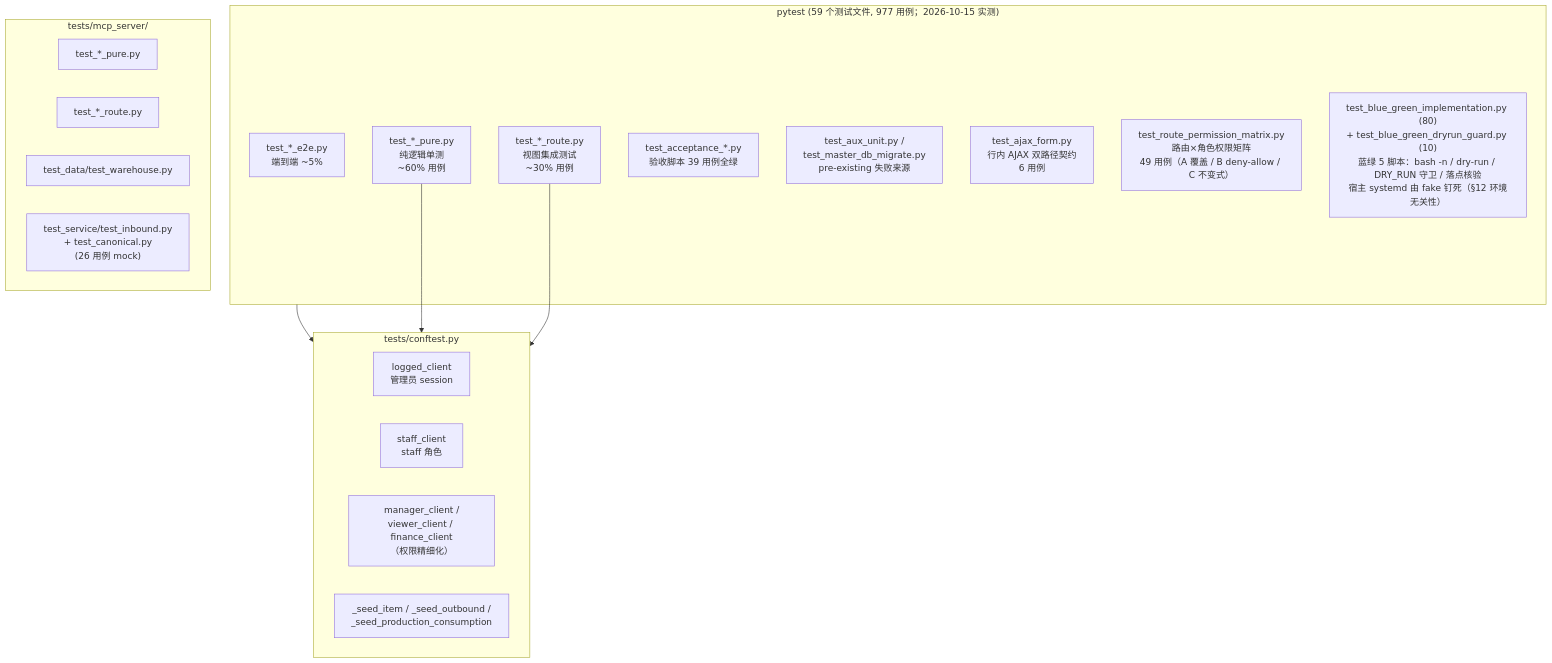
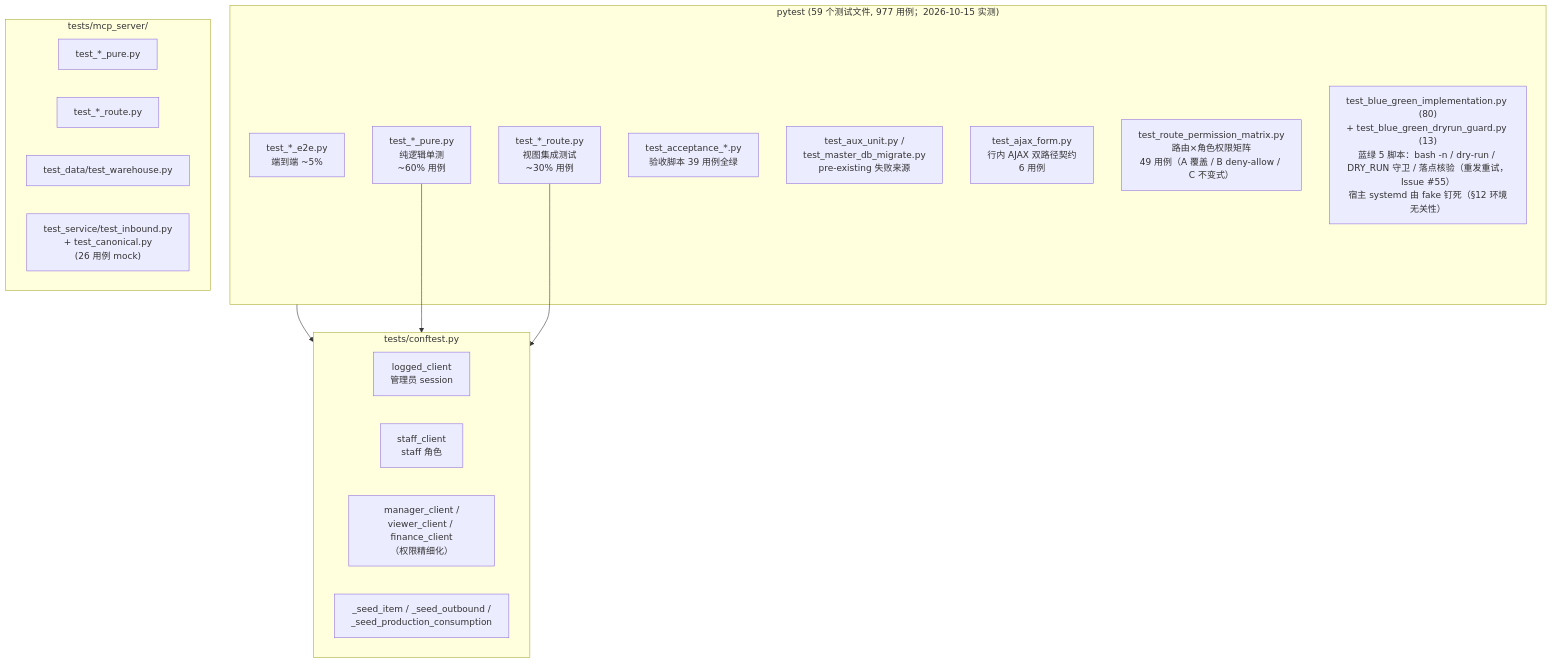
Diagram 17 of 17 in docs/ARCHITECTURE.md (ericmr1981/DailyCheck), drawn with Mermaid before and after one commit. The commit also changed other lines of this file and 3 other files, not shown here.

````diff
--- a/docs/ARCHITECTURE.md
+++ b/docs/ARCHITECTURE.md
@@ -1032,31 +1032,31 @@
 ```mermaid
 flowchart TB
     subgraph Pytest["pytest (59 个测试文件, 977 用例；2026-10-15 实测)"]
         Pure["test_*_pure.py<br/>纯逻辑单测<br/>~60% 用例"]
         Route["test_*_route.py<br/>视图集成测试<br/>~30% 用例"]
         E2E["test_*_e2e.py<br/>端到端 ~5%"]
         Acceptance["test_acceptance_*.py<br/>验收脚本 39 用例全绿"]
         Aux["test_aux_unit.py /<br/>test_master_db_migrate.py<br/>pre-existing 失败来源"]
         Ajax["test_ajax_form.py<br/>行内 AJAX 双路径契约<br/>6 用例"]
         Perm["test_route_permission_matrix.py<br/>路由×角色权限矩阵<br/>49 用例（A 覆盖 / B deny-allow / C 不变式）"]
-        BlueGreen["test_blue_green_implementation.py (80)<br/>+ test_blue_green_dryrun_guard.py (10)<br/>蓝绿 5 脚本：bash -n / dry-run / DRY_RUN 守卫 / 落点核验<br/>宿主 systemd 由 fake 钉死（§12 环境无关性）"]
+        BlueGreen["test_blue_green_implementation.py (80)<br/>+ test_blue_green_dryrun_guard.py (13)<br/>蓝绿 5 脚本：bash -n / dry-run / DRY_RUN 守卫 / 落点核验（重发重试，Issue #55）<br/>宿主 systemd 由 fake 钉死（§12 环境无关性）"]
     end
 
     subgraph Conftest["tests/conftest.py"]
         LoggedClient["logged_client<br/>管理员 session"]
         StaffClient["staff_client<br/>staff 角色"]
         RoleClients["manager_client /<br/>viewer_client / finance_client<br/>（权限精细化）"]
         SeedHelpers["_seed_item / _seed_outbound /<br/>_seed_production_consumption"]
     end
 
     subgraph MCPTest["tests/mcp_server/"]
         MCPPure["test_*_pure.py"]
         MCPRoute["test_*_route.py"]
         MCPData["test_data/test_warehouse.py"]
         MCPService["test_service/test_inbound.py<br/>+ test_canonical.py<br/>(26 用例 mock)"]
     end
 
     Pytest --> Conftest
     Pure --> Conftest
     Route --> Conftest
 ```
````
